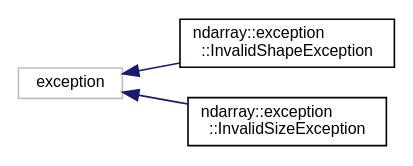
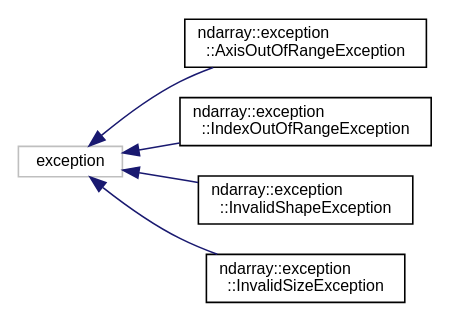
One commit to durbin-164/ant changed the diagram in inherit_graph_2.dot. Above: the diagram before and after it, drawn with Graphviz. The commit also changed 144 other files, not shown here.

```diff
--- a/inherit_graph_2.dot
+++ b/inherit_graph_2.dot
@@ -1,12 +1,16 @@
 digraph "Graphical Class Hierarchy"
 {
  // LATEX_PDF_SIZE
   edge [fontname="Helvetica",fontsize="10",labelfontname="Helvetica",labelfontsize="10"];
   node [fontname="Helvetica",fontsize="10",shape=record];
   rankdir="LR";
   Node1 [label="exception",height=0.2,width=0.4,color="grey75", fillcolor="white", style="filled",tooltip=" "];
   Node1 -> Node0 [dir="back",color="midnightblue",fontsize="10",style="solid",fontname="Helvetica"];
-  Node0 [label="ndarray::exception\l::InvalidShapeException",height=0.2,width=0.4,color="black", fillcolor="white", style="filled",URL="$classndarray_1_1exception_1_1InvalidShapeException.html",tooltip=" "];
+  Node0 [label="ndarray::exception\l::AxisOutOfRangeException",height=0.2,width=0.4,color="black", fillcolor="white", style="filled",URL="$classndarray_1_1exception_1_1AxisOutOfRangeException.html",tooltip=" "];
   Node1 -> Node3 [dir="back",color="midnightblue",fontsize="10",style="solid",fontname="Helvetica"];
-  Node3 [label="ndarray::exception\l::InvalidSizeException",height=0.2,width=0.4,color="black", fillcolor="white", style="filled",URL="$classndarray_1_1exception_1_1InvalidSizeException.html",tooltip=" "];
+  Node3 [label="ndarray::exception\l::IndexOutOfRangeException",height=0.2,width=0.4,color="black", fillcolor="white", style="filled",URL="$classndarray_1_1exception_1_1IndexOutOfRangeException.html",tooltip=" "];
+  Node1 -> Node4 [dir="back",color="midnightblue",fontsize="10",style="solid",fontname="Helvetica"];
+  Node4 [label="ndarray::exception\l::InvalidShapeException",height=0.2,width=0.4,color="black", fillcolor="white", style="filled",URL="$classndarray_1_1exception_1_1InvalidShapeException.html",tooltip=" "];
+  Node1 -> Node5 [dir="back",color="midnightblue",fontsize="10",style="solid",fontname="Helvetica"];
+  Node5 [label="ndarray::exception\l::InvalidSizeException",height=0.2,width=0.4,color="black", fillcolor="white", style="filled",URL="$classndarray_1_1exception_1_1InvalidSizeException.html",tooltip=" "];
 }
```
